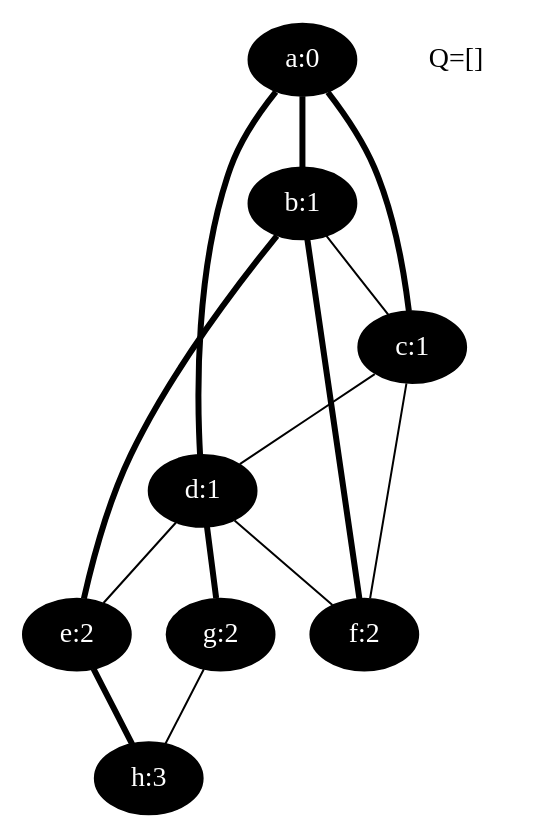
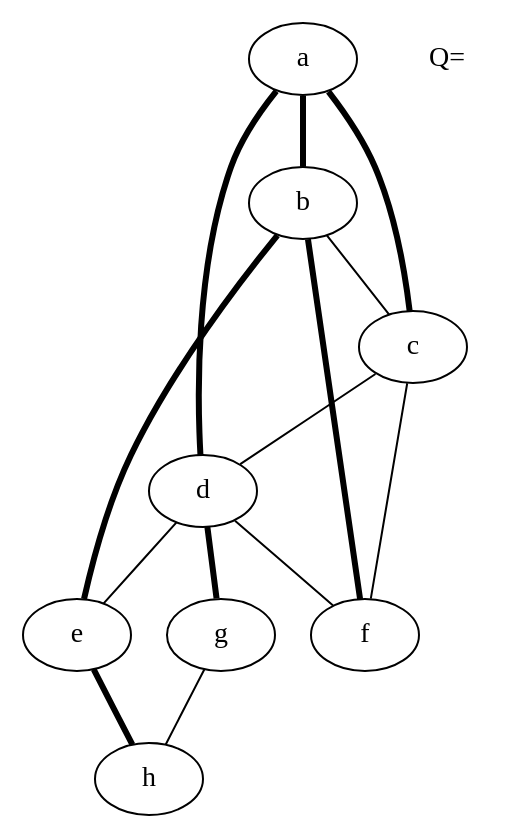
Before and after one commit to nicolasrenet/Graphs: the diagram in examples/bfs_undirected_classroom_08.dot, drawn with Graphviz. The commit also changed 214 other files, not shown here.

Commit message:
Added an extra key (label) to the vertex comparison function. Dijkstra's key shows content of the min queue. Various layout changes in the LaTeX documents (added an figure width ratio option to alg_to_tex.py). Cleaned up the Makefile.

```diff
--- a/examples/bfs_undirected_classroom_08.dot
+++ b/examples/bfs_undirected_classroom_08.dot
@@ -1,24 +1,24 @@
 Graph {
-a [ label="a:0" fontcolor=white style=filled fontname="time-bold" fillcolor=black ];
-b [ label="b:1" fontcolor=white style=filled fontname="time-bold" fillcolor=black ];
-c [ label="c:1" fontcolor=white style=filled fontname="time-bold" fillcolor=black ];
-d [ label="d:1" fontcolor=white style=filled fontname="time-bold" fillcolor=black ];
-e [ label="e:2" fontcolor=white style=filled fontname="time-bold" fillcolor=black ];
-f [ label="f:2" fontcolor=white style=filled fontname="time-bold" fillcolor=black ];
-g [ label="g:2" fontcolor=white style=filled fontname="time-bold" fillcolor=black ];
-h [ label="h:3" fontcolor=white style=filled fontname="time-bold" fillcolor=black ];
+a;
+b;
+c;
+d;
+e;
+f;
+g;
+h;
 a--d[label="", penwidth=3];
 a--b[label="", penwidth=3];
 a--c[label="", penwidth=3];
 b--e[label="", penwidth=3];
 b--f[label="", penwidth=3];
 b--c[label="", penwidth=1];
 c--d[label="", penwidth=1];
 c--f[label="", penwidth=1];
 d--e[label="", penwidth=1];
 d--f[label="", penwidth=1];
 d--g[label="", penwidth=3];
 e--h[label="", penwidth=3];
 g--h[label="", penwidth=1];
-legend[label="Q=[]", color=white];
+legend[label="Q=", color=white];
 }
```
